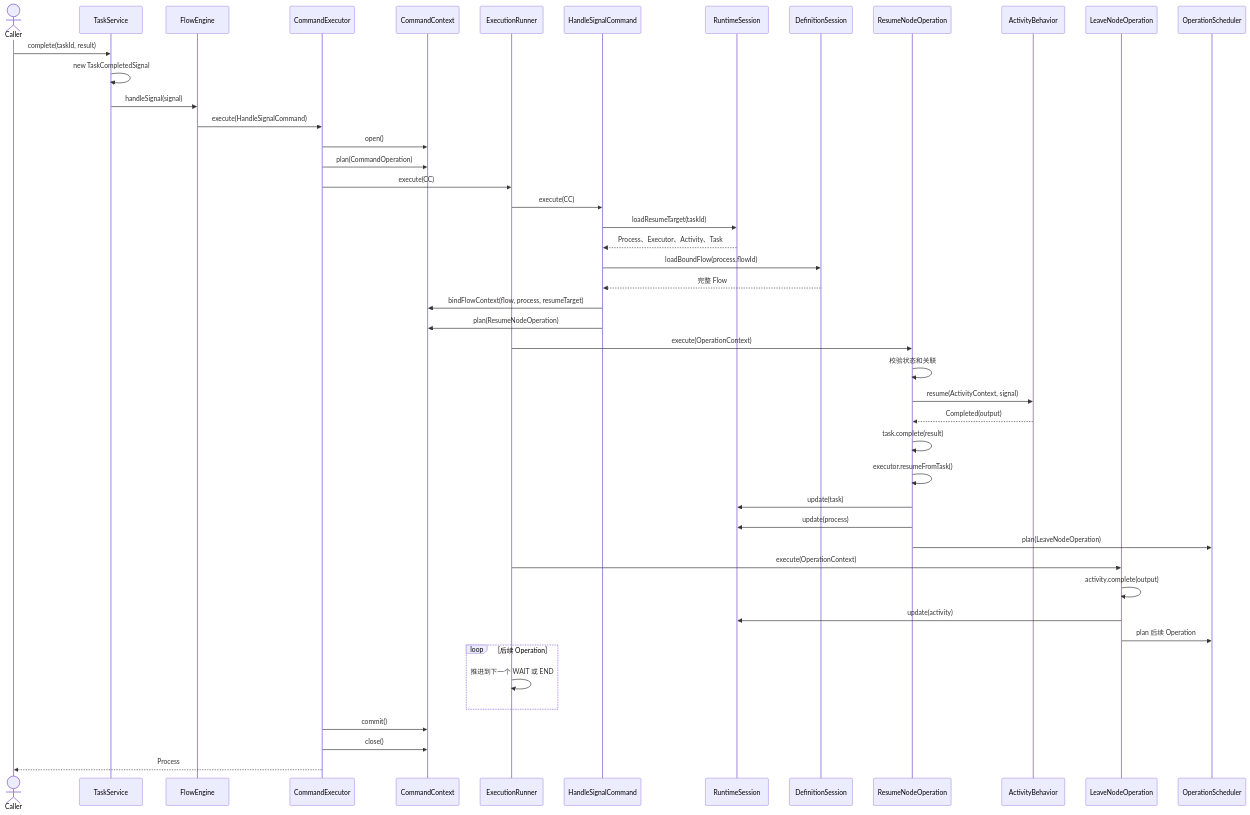
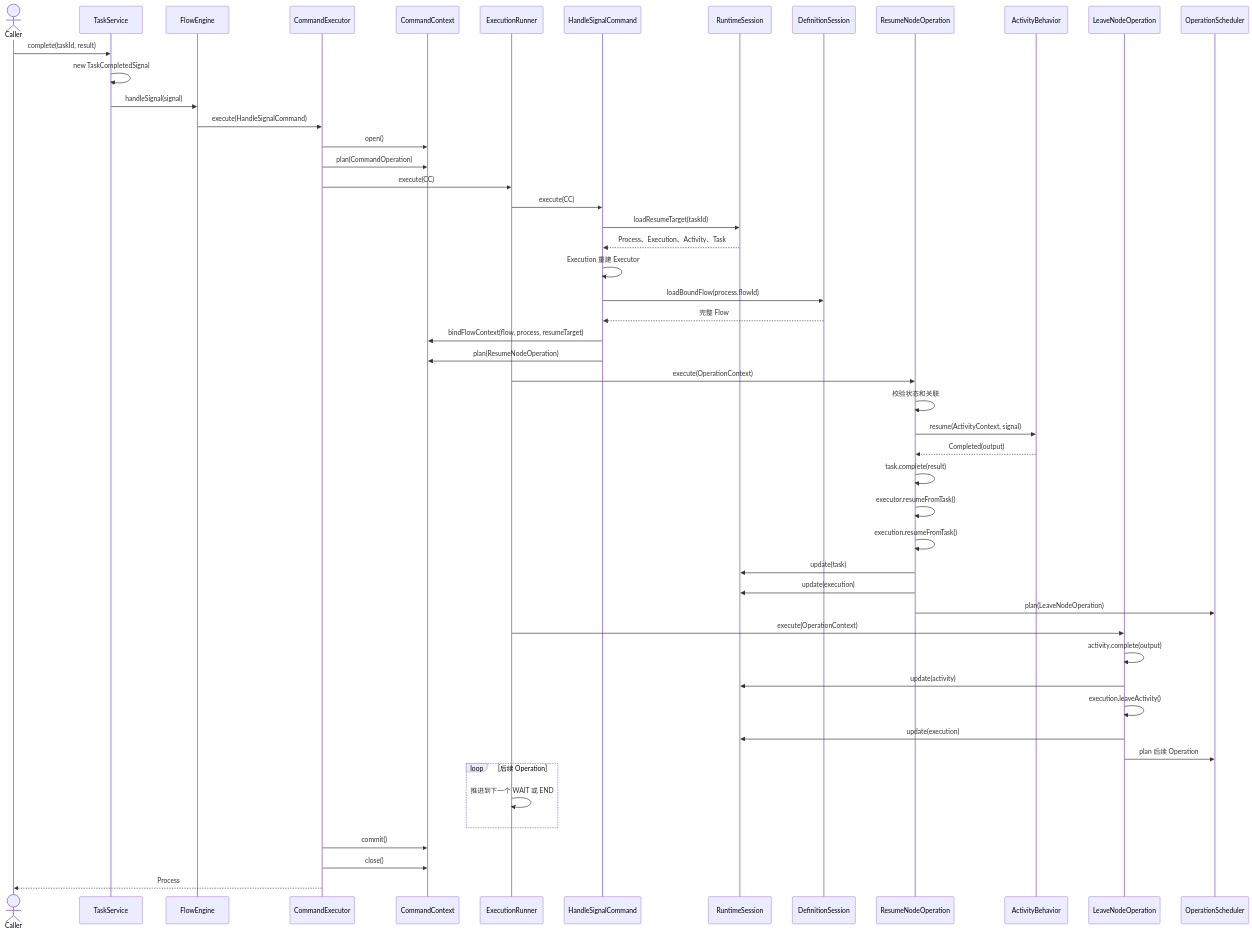
One commit to Eiddy5/flow changed the third of 3 diagrams in docs/decisions/2026-07-14-workflow-core-architecture-v2.md. Above: the diagram before and after it, drawn with Mermaid. The commit also changed other lines of this file, not shown here.

Commit message:
docs: 补充 Workflow Core V2 中 Execution 设计

````diff
--- a/docs/decisions/2026-07-14-workflow-core-architecture-v2.md
+++ b/docs/decisions/2026-07-14-workflow-core-architecture-v2.md
@@ -1195,55 +1292,59 @@
 ```mermaid
 sequenceDiagram
     actor Caller
     participant TS as TaskService
     participant FE as FlowEngine
     participant CE as CommandExecutor
     participant CC as CommandContext
     participant ER as ExecutionRunner
     participant CMD as HandleSignalCommand
     participant RS as RuntimeSession
     participant DS as DefinitionSession
     participant RN as ResumeNodeOperation
     participant BEH as ActivityBehavior
     participant LV as LeaveNodeOperation
     participant OS as OperationScheduler
 
     Caller->>TS: complete(taskId, result)
     TS->>TS: new TaskCompletedSignal
     TS->>FE: handleSignal(signal)
     FE->>CE: execute(HandleSignalCommand)
     CE->>CC: open()
     CE->>CC: plan(CommandOperation)
     CE->>ER: execute(CC)
 
     ER->>CMD: execute(CC)
     CMD->>RS: loadResumeTarget(taskId)
-    RS-->>CMD: Process、Executor、Activity、Task
+    RS-->>CMD: Process、Execution、Activity、Task
+    CMD->>CMD: Execution 重建 Executor
     CMD->>DS: loadBoundFlow(process.flowId)
     DS-->>CMD: 完整 Flow
     CMD->>CC: bindFlowContext(flow, process, resumeTarget)
     CMD->>CC: plan(ResumeNodeOperation)
 
     ER->>RN: execute(OperationContext)
     RN->>RN: 校验状态和关联
     RN->>BEH: resume(ActivityContext, signal)
     BEH-->>RN: Completed(output)
     RN->>RN: task.complete(result)
     RN->>RN: executor.resumeFromTask()
+    RN->>RN: execution.resumeFromTask()
     RN->>RS: update(task)
-    RN->>RS: update(process)
+    RN->>RS: update(execution)
     RN->>OS: plan(LeaveNodeOperation)
 
     ER->>LV: execute(OperationContext)
     LV->>LV: activity.complete(output)
     LV->>RS: update(activity)
+    LV->>LV: execution.leaveActivity()
+    LV->>RS: update(execution)
     LV->>OS: plan 后续 Operation
 
     loop 后续 Operation
         ER->>ER: 推进到下一个 WAIT 或 END
     end
 
     CE->>CC: commit()
     CE->>CC: close()
     CE-->>Caller: Process
 ```
````
